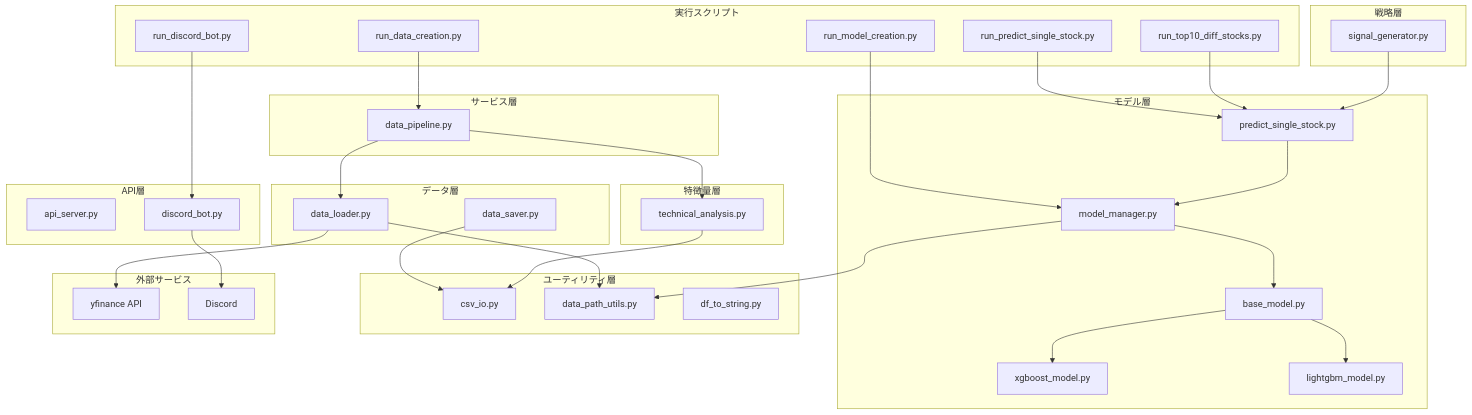
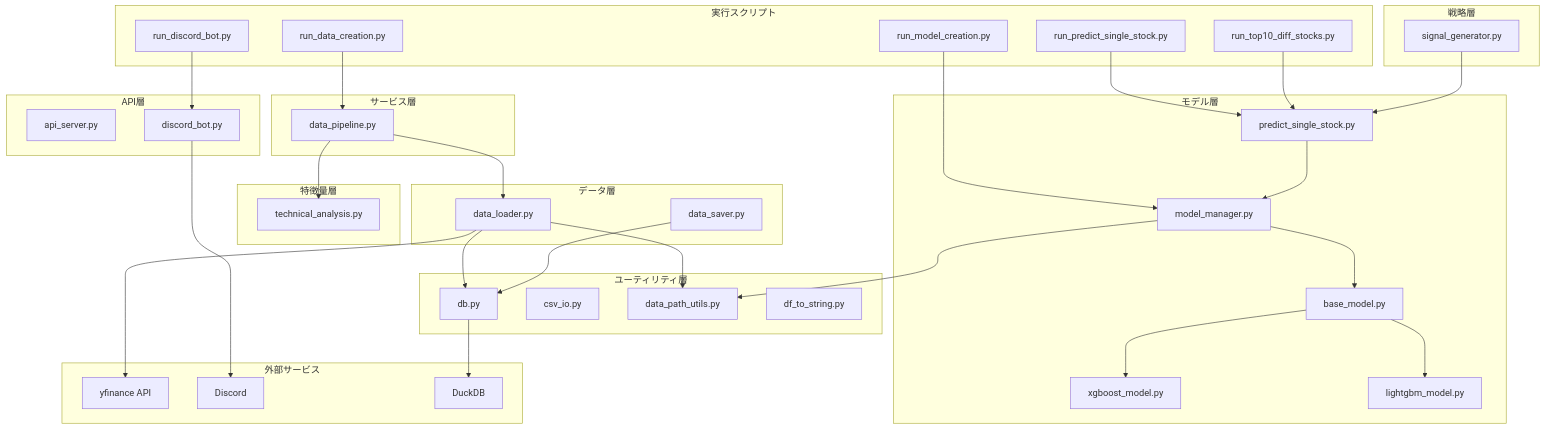
One commit to rei4725/StockFixer changed the diagram in docs/ARCHITECTURE.md. Above: the diagram before and after it, drawn with Mermaid. The commit also changed other lines of this file and 18 other files, not shown here.

````diff
--- a/docs/ARCHITECTURE.md
+++ b/docs/ARCHITECTURE.md
@@ -336,71 +350,74 @@
 ```mermaid
 graph TD
     subgraph "実行スクリプト"
         R1[run_data_creation.py]
         R2[run_model_creation.py]
         R3[run_predict_single_stock.py]
         R4[run_top10_diff_stocks.py]
         R5[run_discord_bot.py]
     end
 
     subgraph "API層"
         A1[api_server.py]
         A2[discord_bot.py]
     end
 
     subgraph "サービス層"
         S1[data_pipeline.py]
     end
 
     subgraph "モデル層"
         M1[model_manager.py]
         M2[base_model.py]
         M3[xgboost_model.py]
         M4[lightgbm_model.py]
         M5[predict_single_stock.py]
     end
 
     subgraph "戦略層"
         ST1[signal_generator.py]
     end
 
     subgraph "特徴量層"
         F1[technical_analysis.py]
     end
 
     subgraph "データ層"
         D1[data_loader.py]
         D2[data_saver.py]
     end
 
     subgraph "ユーティリティ層"
+        U0[db.py]
         U1[csv_io.py]
         U2[data_path_utils.py]
         U3[df_to_string.py]
     end
 
     subgraph "外部サービス"
         E1[yfinance API]
         E2[Discord]
+        E3[DuckDB]
     end
 
     R1 --> S1
     R2 --> M1
     R3 --> M5
     R4 --> M5
     R5 --> A2
 
     A2 --> E2
     S1 --> D1
     S1 --> F1
     M1 --> M2
     M2 --> M3
     M2 --> M4
     M5 --> M1
     ST1 --> M5
     D1 --> E1
+    D1 --> U0
+    D2 --> U0
     D1 --> U2
-    D2 --> U1
-    F1 --> U1
+    U0 --> E3
     M1 --> U2
 ```
````
